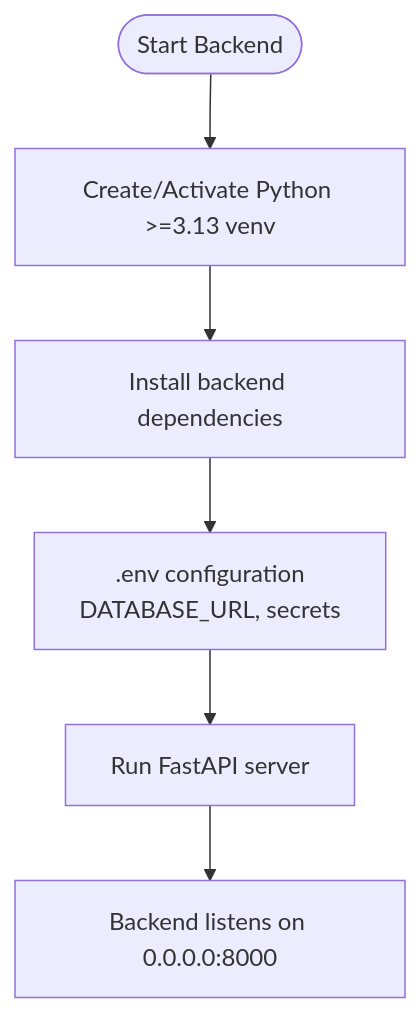
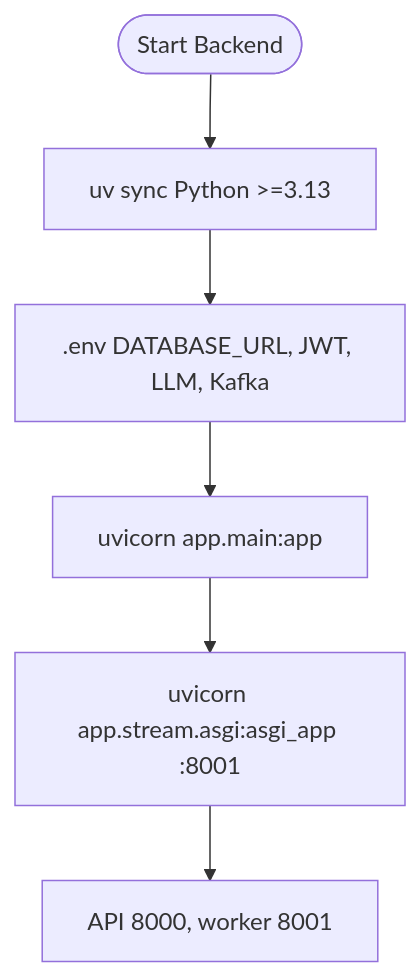
Before and after one commit to tashifkhan/tashif.codes: the third of 8 diagrams in src/data/docs/talentsync/Getting Started.md, drawn with Mermaid. The commit also changed other lines of this file and 2128 other files, not shown here.

First line of the commit message:
docs: replace raster diagram images with native Mermaid across project guides

````diff
--- a/src/data/docs/talentsync/Getting Started.md
+++ b/src/data/docs/talentsync/Getting Started.md
@@ -103,8 +145,8 @@
 ```mermaid
 flowchart TD
-StartBE(["Start Backend"]) --> Venv["Create/Activate Python >=3.13 venv"]
-Venv --> InstallBE["Install backend dependencies"]
-InstallBE --> EnvBE[".env configuration<br/>DATABASE_URL, secrets"]
-EnvBE --> RunBE["Run FastAPI server"]
-RunBE --> PortBE["Backend listens on 0.0.0.0:8000"]
+StartBE(["Start Backend"]) --> Venv["uv sync Python >=3.13"]
+Venv --> EnvBE[".env DATABASE_URL, JWT, LLM, Kafka"]
+EnvBE --> RunBE["uvicorn app.main:app"]
+RunBE --> RunW["uvicorn app.stream.asgi:asgi_app :8001"]
+RunW --> PortBE["API 8000, worker 8001"]
 ```
````
